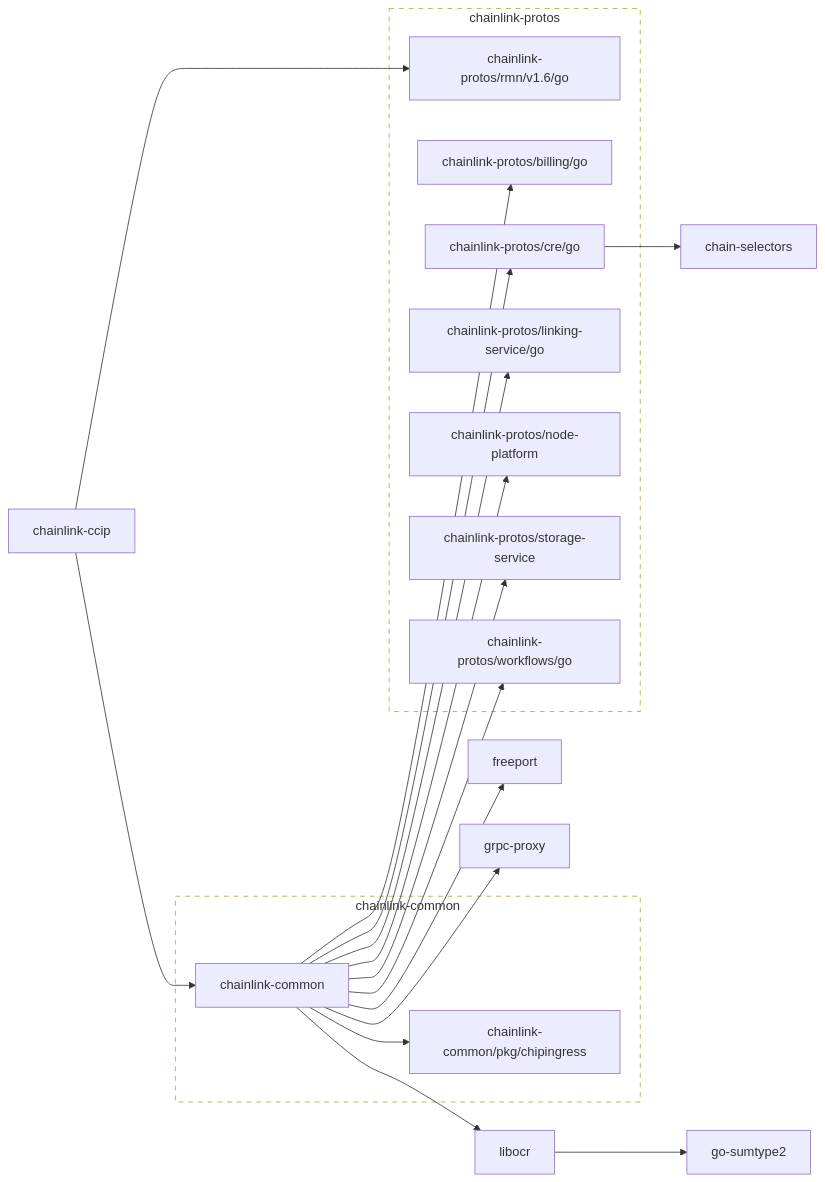
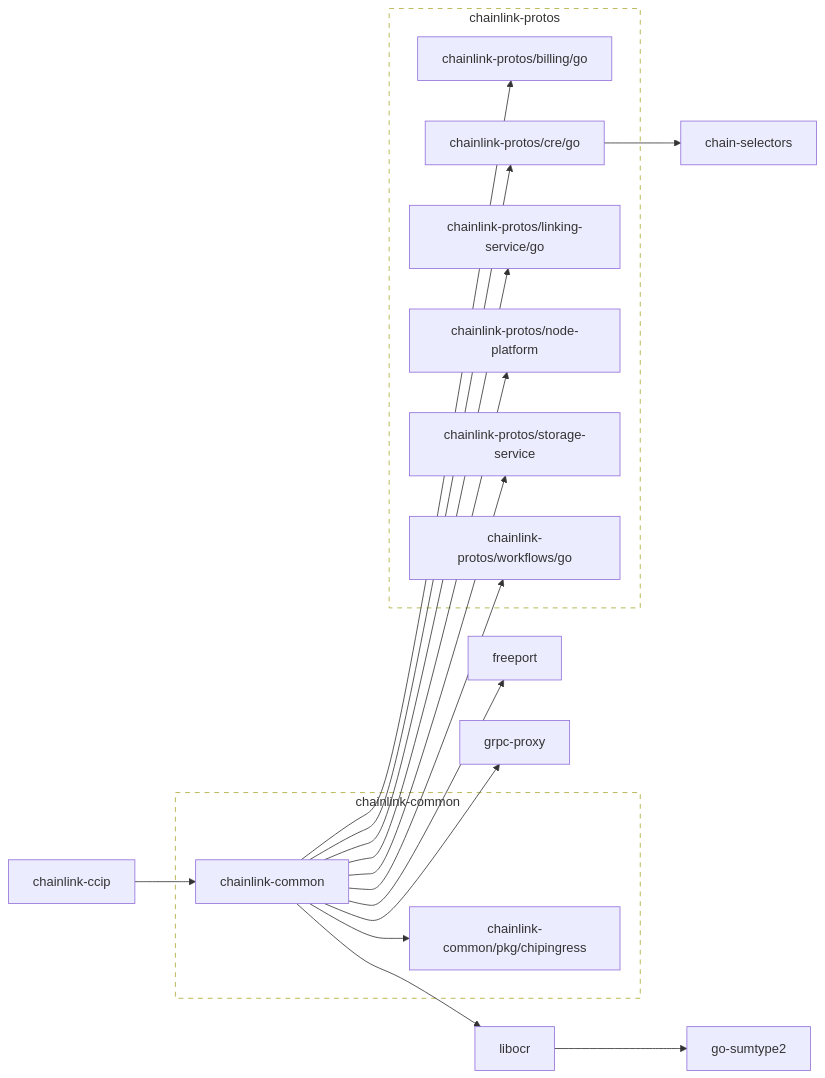
Before and after one commit to smartcontractkit/chainlink-ccip: the first of 2 diagrams in go.md, drawn with Mermaid. The commit also changed 27 other files, not shown here.

````diff
--- a/go.md
+++ b/go.md
@@ -3,64 +3,60 @@
 ```mermaid
 flowchart LR
 
 	chain-selectors
 	click chain-selectors href "https://github.com/smartcontractkit/chain-selectors"
 	chainlink-ccip --> chainlink-common
-	chainlink-ccip --> chainlink-protos/rmn/v1.6/go
 	click chainlink-ccip href "https://github.com/smartcontractkit/chainlink-ccip"
 	chainlink-common --> chainlink-common/pkg/chipingress
 	chainlink-common --> chainlink-protos/billing/go
 	chainlink-common --> chainlink-protos/cre/go
 	chainlink-common --> chainlink-protos/linking-service/go
 	chainlink-common --> chainlink-protos/node-platform
 	chainlink-common --> chainlink-protos/storage-service
 	chainlink-common --> chainlink-protos/workflows/go
 	chainlink-common --> freeport
 	chainlink-common --> grpc-proxy
 	chainlink-common --> libocr
 	click chainlink-common href "https://github.com/smartcontractkit/chainlink-common"
 	chainlink-common/pkg/chipingress
 	click chainlink-common/pkg/chipingress href "https://github.com/smartcontractkit/chainlink-common"
 	chainlink-protos/billing/go
 	click chainlink-protos/billing/go href "https://github.com/smartcontractkit/chainlink-protos"
 	chainlink-protos/cre/go --> chain-selectors
 	click chainlink-protos/cre/go href "https://github.com/smartcontractkit/chainlink-protos"
 	chainlink-protos/linking-service/go
 	click chainlink-protos/linking-service/go href "https://github.com/smartcontractkit/chainlink-protos"
 	chainlink-protos/node-platform
 	click chainlink-protos/node-platform href "https://github.com/smartcontractkit/chainlink-protos"
-	chainlink-protos/rmn/v1.6/go
-	click chainlink-protos/rmn/v1.6/go href "https://github.com/smartcontractkit/chainlink-protos"
 	chainlink-protos/storage-service
 	click chainlink-protos/storage-service href "https://github.com/smartcontractkit/chainlink-protos"
 	chainlink-protos/workflows/go
 	click chainlink-protos/workflows/go href "https://github.com/smartcontractkit/chainlink-protos"
 	freeport
 	click freeport href "https://github.com/smartcontractkit/freeport"
 	go-sumtype2
 	click go-sumtype2 href "https://github.com/smartcontractkit/go-sumtype2"
 	grpc-proxy
 	click grpc-proxy href "https://github.com/smartcontractkit/grpc-proxy"
 	libocr --> go-sumtype2
 	click libocr href "https://github.com/smartcontractkit/libocr"
 
 	subgraph chainlink-common-repo[chainlink-common]
 		 chainlink-common
 		 chainlink-common/pkg/chipingress
 	end
 	click chainlink-common-repo href "https://github.com/smartcontractkit/chainlink-common"
 
 	subgraph chainlink-protos-repo[chainlink-protos]
 		 chainlink-protos/billing/go
 		 chainlink-protos/cre/go
 		 chainlink-protos/linking-service/go
 		 chainlink-protos/node-platform
-		 chainlink-protos/rmn/v1.6/go
 		 chainlink-protos/storage-service
 		 chainlink-protos/workflows/go
 	end
 	click chainlink-protos-repo href "https://github.com/smartcontractkit/chainlink-protos"
 
 	classDef outline stroke-dasharray:6,fill:none;
 	class chainlink-common-repo,chainlink-protos-repo outline
 ```
````
